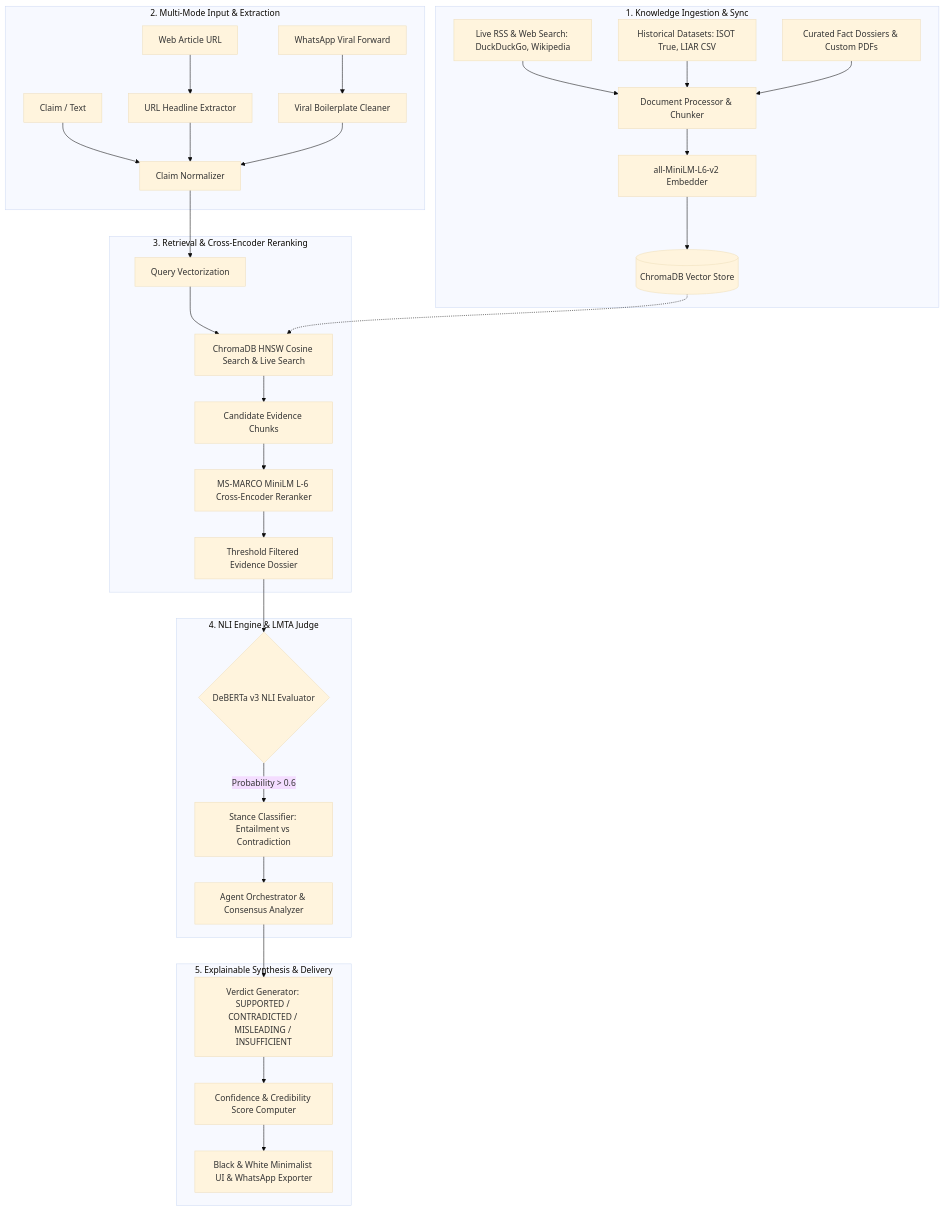
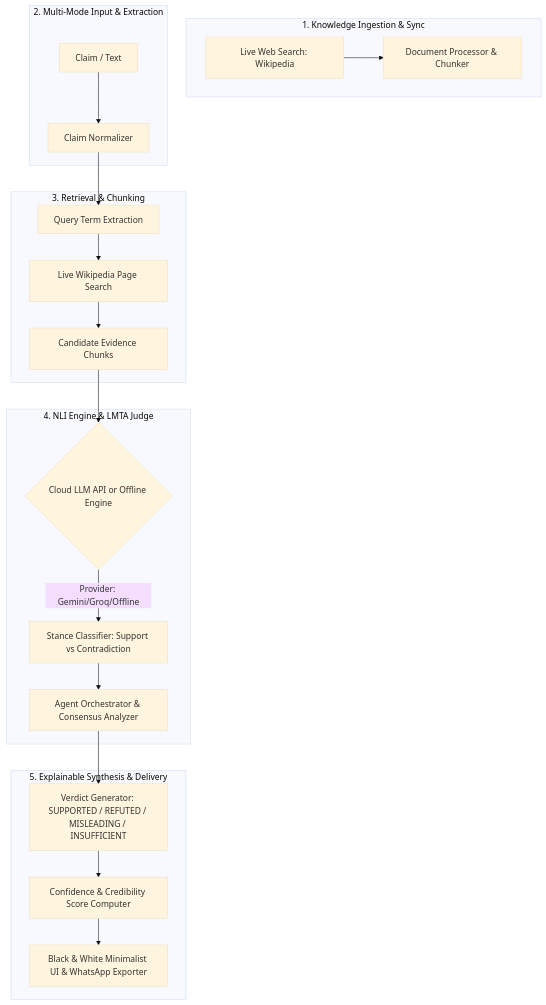
The diagram in README.md (Prashantj44/Truth-Lens), drawn with Mermaid (base theme) before and after one commit. The commit also changed other lines of this file, not shown here.

Commit message:
docs: update README to reflect final serverless LLM architecture

````diff
--- a/README.md
+++ b/README.md
@@ -75,37 +76,28 @@
 ```mermaid
 graph TD
     subgraph Ingestion["1. Knowledge Ingestion & Sync"]
-        A1[Live RSS & Web Search: DuckDuckGo, Wikipedia] --> B1[Document Processor & Chunker]
-        A2[Historical Datasets: ISOT True, LIAR CSV] --> B1
-        A3[Curated Fact Dossiers & Custom PDFs] --> B1
-        B1 --> C1[all-MiniLM-L6-v2 Embedder]
-        C1 --> D1[(ChromaDB Vector Store)]
+        A1[Live Web Search: Wikipedia] --> B1[Document Processor & Chunker]
     end
 
     subgraph UserFlow["2. Multi-Mode Input & Extraction"]
         U1[Claim / Text] --> P1[Claim Normalizer]
-        U2[Web Article URL] --> P2[URL Headline Extractor] --> P1
-        U3[WhatsApp Viral Forward] --> P3[Viral Boilerplate Cleaner] --> P1
     end
 
-    subgraph RAGCore["3. Retrieval & Cross-Encoder Reranking"]
-        P1 --> Q1[Query Vectorization]
-        Q1 --> R1[ChromaDB HNSW Cosine Search & Live Search]
-        D1 -.-> R1
+    subgraph RAGCore["3. Retrieval & Chunking"]
+        P1 --> Q1[Query Term Extraction]
+        Q1 --> R1[Live Wikipedia Page Search]
         R1 --> S1[Candidate Evidence Chunks]
-        S1 --> S2[MS-MARCO MiniLM L-6 Cross-Encoder Reranker]
-        S2 --> S3[Threshold Filtered Evidence Dossier]
     end
 
     subgraph Verification["4. NLI Engine & LMTA Judge"]
-        S3 --> N1{DeBERTa v3 NLI Evaluator}
-        N1 -->|Probability > 0.6| N3[Stance Classifier: Entailment vs Contradiction]
+        S1 --> N1{Cloud LLM API or Offline Engine}
+        N1 -->|Provider: Gemini/Groq/Offline| N3[Stance Classifier: Support vs Contradiction]
         N3 --> N4[Agent Orchestrator & Consensus Analyzer]
     end
 
     subgraph Synthesis["5. Explainable Synthesis & Delivery"]
-        N4 --> V1[Verdict Generator: SUPPORTED / CONTRADICTED / MISLEADING / INSUFFICIENT]
+        N4 --> V1[Verdict Generator: SUPPORTED / REFUTED / MISLEADING / INSUFFICIENT]
         V1 --> V2[Confidence & Credibility Score Computer]
         V2 --> V3[Black & White Minimalist UI & WhatsApp Exporter]
     end
 ```
````
